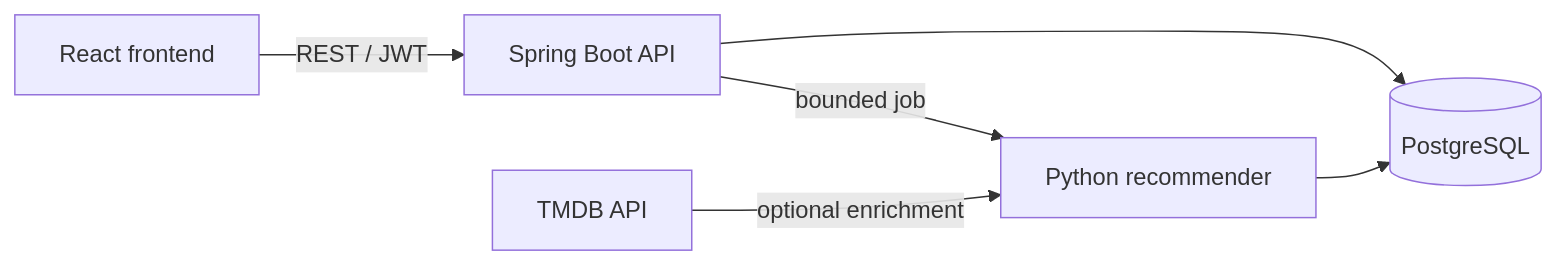
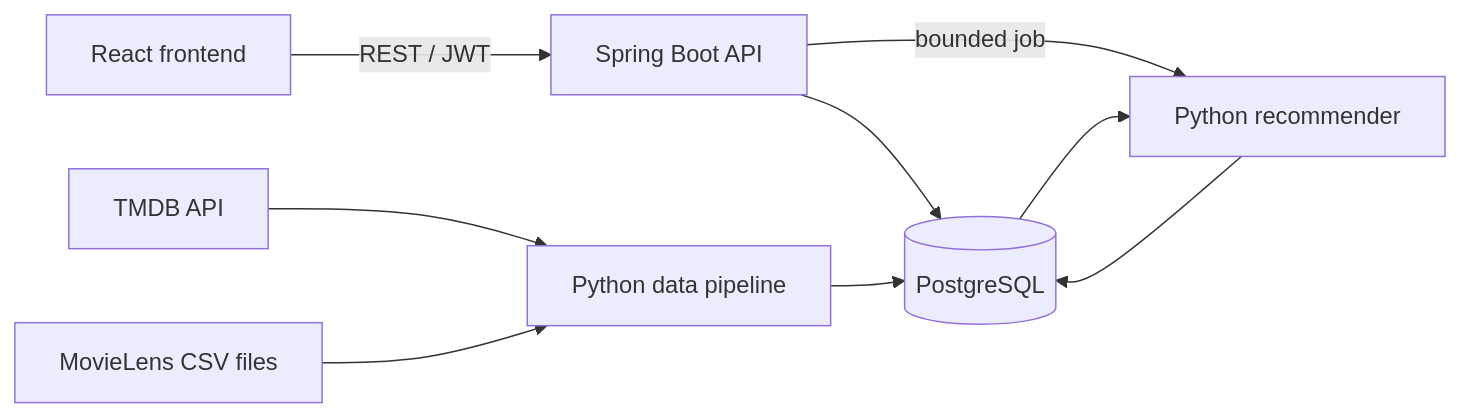
Before and after one commit to danielmassila/content-recommendation-platform: the diagram in README.md, drawn with Mermaid. The commit also changed other lines of this file and 3 other files, not shown here.

Commit message:
chore: unify data pipeline commands and documentation

````diff
--- a/README.md
+++ b/README.md
@@ -22,8 +22,11 @@
 ```mermaid
 flowchart LR
     UI[React frontend] -->|REST / JWT| API[Spring Boot API]
     API --> DB[(PostgreSQL)]
     API -->|bounded job| JOB[Python recommender]
     JOB --> DB
-    TMDB[TMDB API] -->|optional enrichment| JOB
+    TMDB[TMDB API] --> PIPE[Python data pipeline]
+    ML[MovieLens CSV files] --> PIPE
+    PIPE --> DB
+    DB --> JOB
 ```
````
